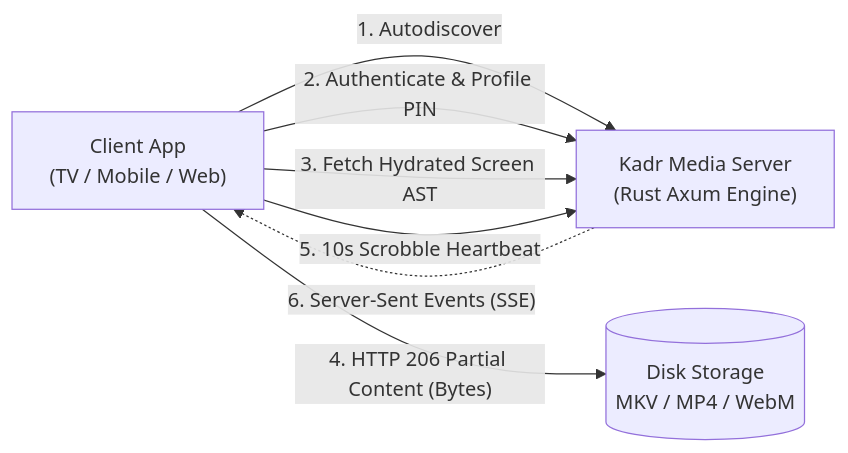
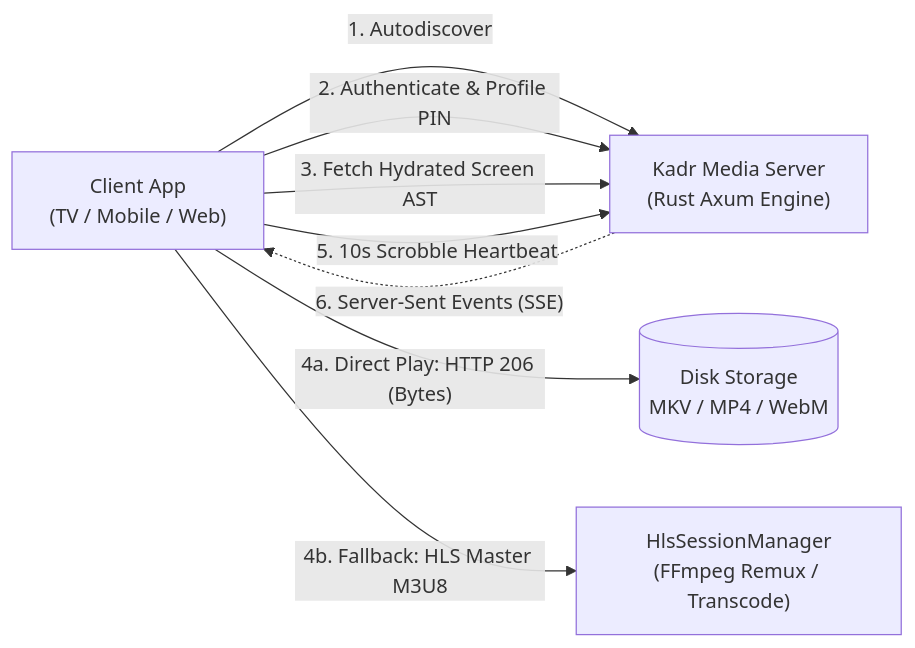
The first of 7 diagrams in docs/CLIENT_GUIDE.md (BooDy/kadr), drawn with Mermaid before and after one commit. The commit also changed other lines of this file, not shown here.

Commit message:
docs: update client guide with format inspection and HLS fallback instructions

````diff
--- a/docs/CLIENT_GUIDE.md
+++ b/docs/CLIENT_GUIDE.md
@@ -26,9 +26,10 @@
 ```mermaid
 flowchart LR
     Client["Client App\n(TV / Mobile / Web)"] -- "1. Autodiscover" --> KadrServer["Kadr Media Server\n(Rust Axum Engine)"]
     Client -- "2. Authenticate & Profile PIN" --> KadrServer
     Client -- "3. Fetch Hydrated Screen AST" --> KadrServer
-    Client -- "4. HTTP 206 Partial Content (Bytes)" --> Storage[("Disk Storage\nMKV / MP4 / WebM")]
+    Client -- "4a. Direct Play: HTTP 206 (Bytes)" --> Storage[("Disk Storage\nMKV / MP4 / WebM")]
+    Client -- "4b. Fallback: HLS Master M3U8" --> Transcoder["HlsSessionManager\n(FFmpeg Remux / Transcode)"]
     Client -- "5. 10s Scrobble Heartbeat" --> KadrServer
     KadrServer -. "6. Server-Sent Events (SSE)" .-> Client
 ```
````
